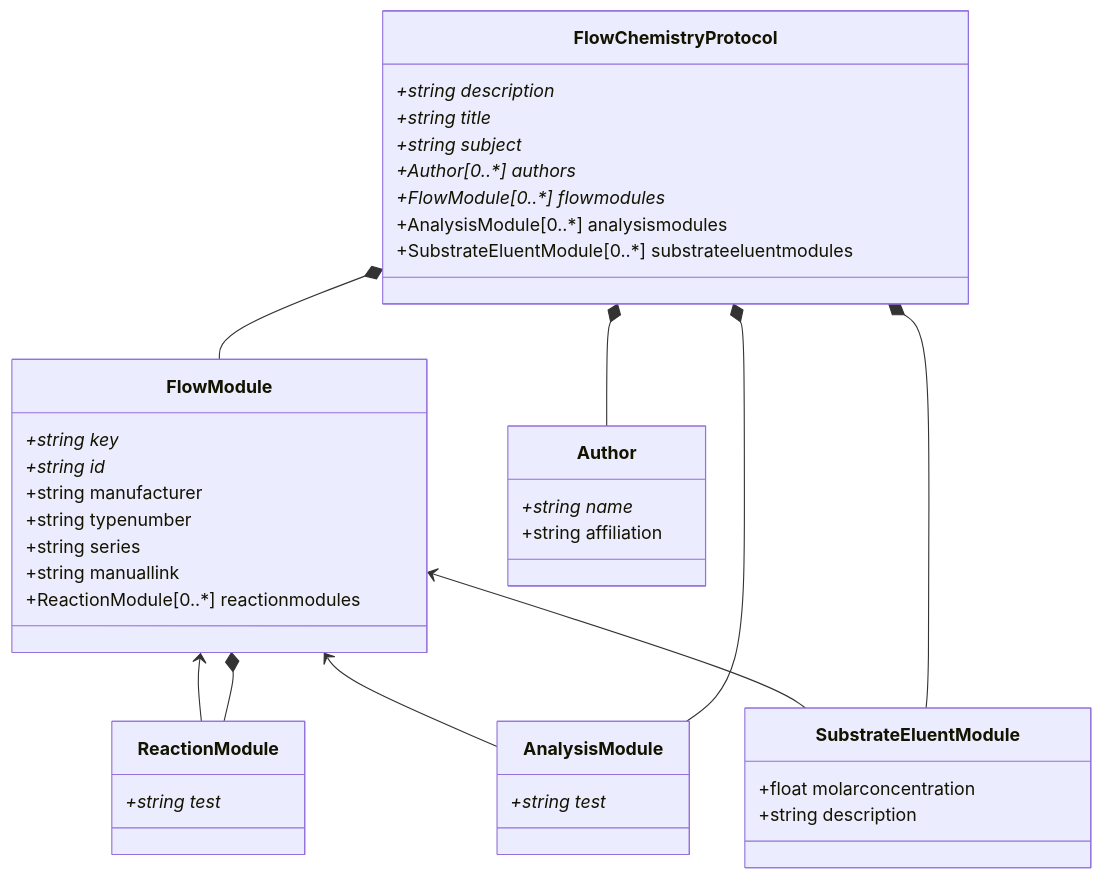
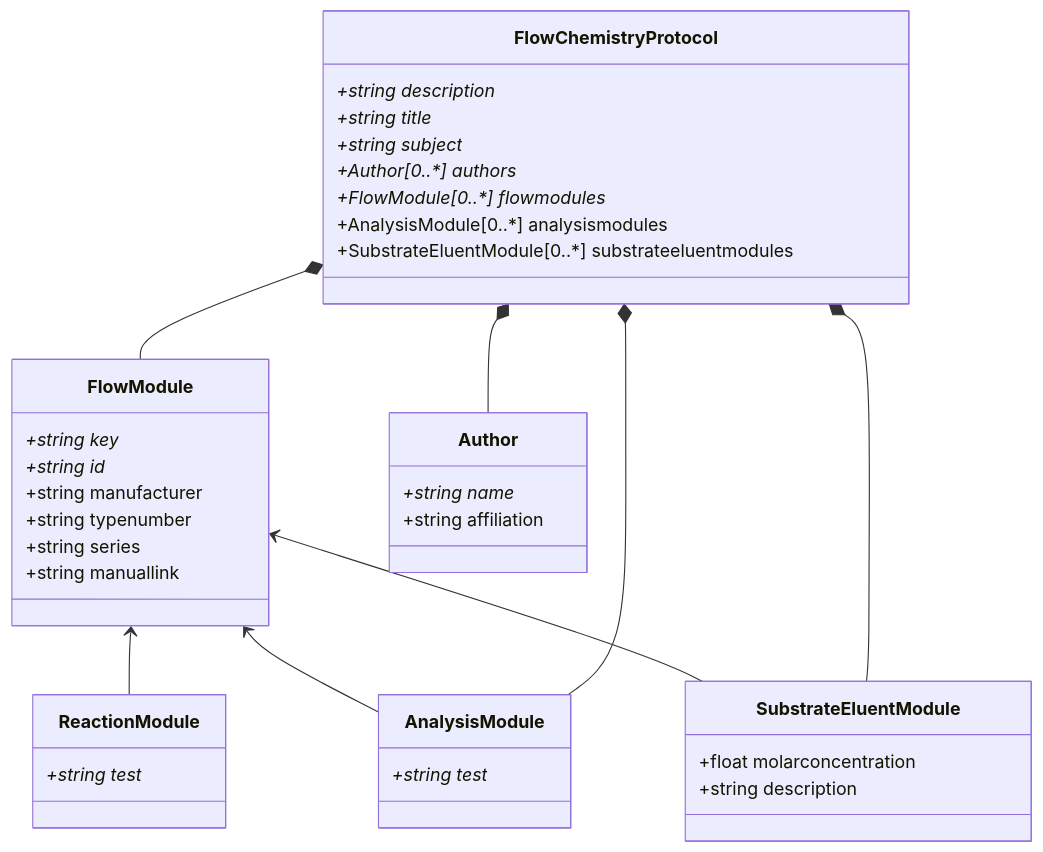
The diagram in pyDataset/schemes/Dataset.md (C-Kessler/sdrdm-flowchem-B2), drawn with Mermaid before and after one commit. The commit also changed 2 other files, not shown here.

````diff
--- a/pyDataset/schemes/Dataset.md
+++ b/pyDataset/schemes/Dataset.md
@@ -1,50 +1,48 @@
 ```mermaid
 classDiagram
     FlowModule <-- ReactionModule
     FlowModule <-- AnalysisModule
     FlowModule <-- SubstrateEluentModule
     FlowChemistryProtocol *-- Author
     FlowChemistryProtocol *-- FlowModule
     FlowChemistryProtocol *-- AnalysisModule
     FlowChemistryProtocol *-- SubstrateEluentModule
-    FlowModule *-- ReactionModule
     
     class FlowChemistryProtocol {
         +string description*
         +string title*
         +string subject*
         +Author[0..*] authors*
         +FlowModule[0..*] flowmodules*
         +AnalysisModule[0..*] analysismodules
         +SubstrateEluentModule[0..*] substrateeluentmodules
     }
     
     class Author {
         +string name*
         +string affiliation
     }
     
     class FlowModule {
         +string key*
         +string id*
         +string manufacturer
         +string typenumber
         +string series
         +string manuallink
-        +ReactionModule[0..*] reactionmodules
     }
     
     class ReactionModule {
         +string test*
     }
     
     class AnalysisModule {
         +string test*
     }
     
     class SubstrateEluentModule {
         +float molarconcentration
         +string description
     }
     
 ```
````
